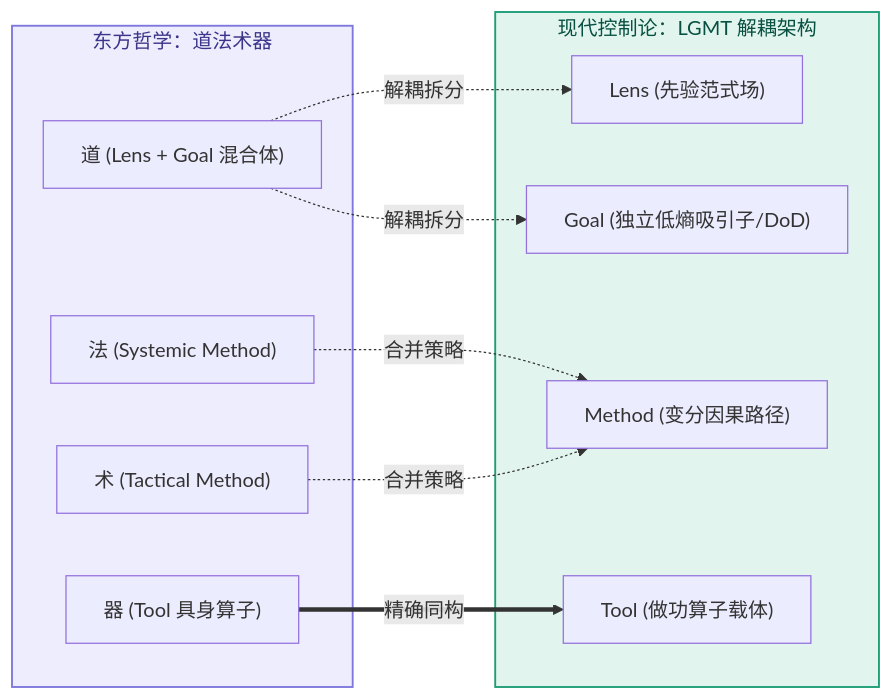
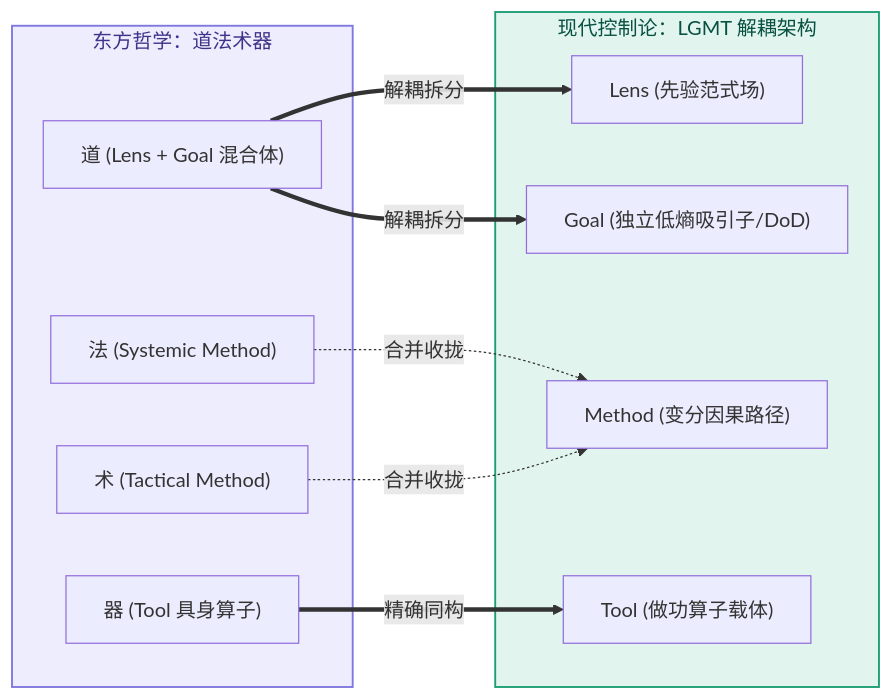
The diagram in outputs/book/10_第10章_古今归真_老祖宗的道法术器与控制论.md (hongyangchun/lgmt-book), drawn with Mermaid before and after one commit. The commit also changed other lines of this file and 3986 other files, not shown here.

````diff
--- a/outputs/book/10_第10章_古今归真_老祖宗的道法术器与控制论.md
+++ b/outputs/book/10_第10章_古今归真_老祖宗的道法术器与控制论.md
@@ -110,29 +113,29 @@
 ```mermaid
 flowchart LR
     %% FIG-10-TAO: 道法术器与 LGMT 的拓扑映射
     classDef taoStyle fill:#EEEDFE,stroke:#7F77DD,stroke-width:1.5px,color:#3C3489;
     classDef lgmtStyle fill:#E1F5EE,stroke:#1D9E75,stroke-width:1.5px,color:#085041;
 
     subgraph Eastern["东方哲学：道法术器"]
         DAO["道 (Lens + Goal 混合体)"]
         FA["法 (Systemic Method)"]
         SHU["术 (Tactical Method)"]
         QI["器 (Tool 具身算子)"]
     end
 
     subgraph Modern["现代控制论：LGMT 解耦架构"]
         L["Lens (先验范式场)"]
         G["Goal (独立低熵吸引子/DoD)"]
         M["Method (变分因果路径)"]
         T["Tool (做功算子载体)"]
     end
 
     class Eastern taoStyle;
     class Modern lgmtStyle;
 
-    DAO -.->|解耦拆分| L
-    DAO -.->|解耦拆分| G
-    FA -.->|合并策略| M
-    SHU -.->|合并策略| M
+    DAO ==>|解耦拆分| L
+    DAO ==>|解耦拆分| G
+    FA -.->|合并收拢| M
+    SHU -.->|合并收拢| M
     QI ==>|精确同构| T
 ```
````
